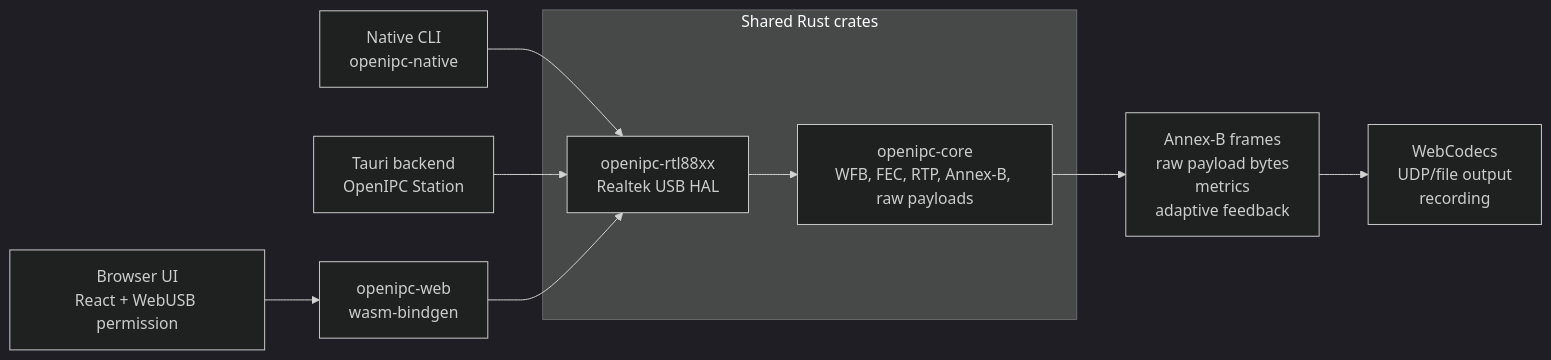
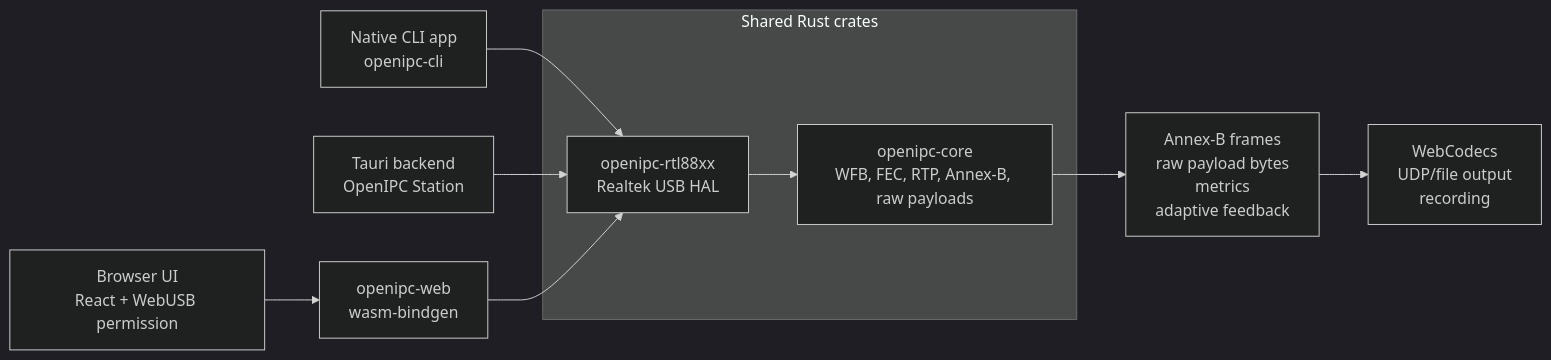
One commit to neelsani/openipc-rs changed the first of 3 diagrams in docs/docs/architecture.md. Above: the diagram before and after it, drawn with Mermaid (dark theme). The commit also changed other lines of this file and 83 other files, not shown here.

````diff
--- a/docs/docs/architecture.md
+++ b/docs/docs/architecture.md
@@ -11,15 +11,15 @@
 ```mermaid
 flowchart LR
     subgraph Shared["Shared Rust crates"]
         Core["openipc-core<br/>WFB, FEC, RTP, Annex-B, raw payloads"]
         Rtl["openipc-rtl88xx<br/>Realtek USB HAL"]
     end
 
-    Native["Native CLI<br/>openipc-native"] --> Rtl
+    Native["Native CLI app<br/>openipc-cli"] --> Rtl
     Desktop["Tauri backend<br/>OpenIPC Station"] --> Rtl
     Browser["Browser UI<br/>React + WebUSB permission"] --> Wasm["openipc-web<br/>wasm-bindgen"]
     Wasm --> Rtl
     Rtl --> Core
     Core --> Output["Annex-B frames<br/>raw payload bytes<br/>metrics<br/>adaptive feedback"]
     Output --> Players["WebCodecs<br/>UDP/file output<br/>recording"]
 ```
````
